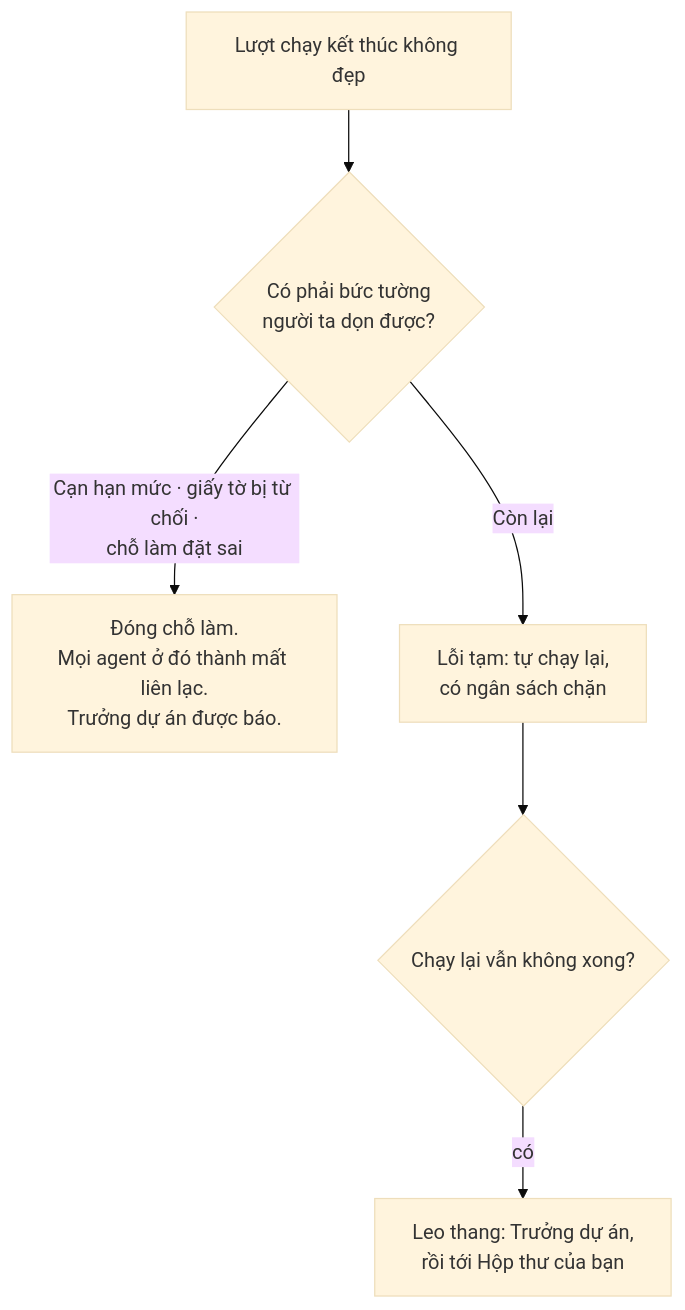
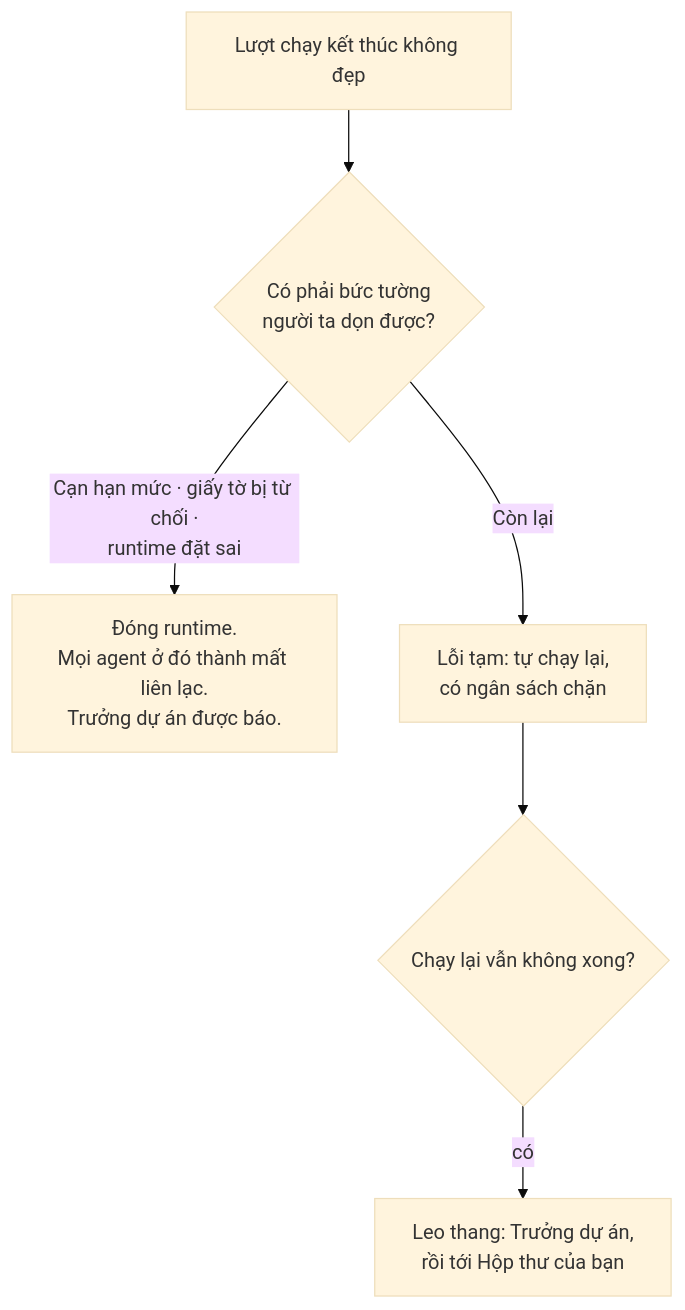
One commit to gnust-company/A.R.MARIUS changed the third of 3 diagrams in docs/how-armarius-works.md. Above: the diagram before and after it, drawn with Mermaid (base theme). The commit also changed other lines of this file and 6 other files, not shown here.

````diff
--- a/docs/how-armarius-works.md
+++ b/docs/how-armarius-works.md
@@ -90,8 +90,8 @@
 ```mermaid
 flowchart TD
     F["Lượt chạy kết thúc không đẹp"] --> Q{"Có phải bức tường<br/>người ta dọn được?"}
-    Q -->|"Cạn hạn mức · giấy tờ bị từ chối ·<br/>chỗ làm đặt sai"| H["Đóng chỗ làm.<br/>Mọi agent ở đó thành mất liên lạc.<br/>Trưởng dự án được báo."]
+    Q -->|"Cạn hạn mức · giấy tờ bị từ chối ·<br/>runtime đặt sai"| H["Đóng runtime.<br/>Mọi agent ở đó thành mất liên lạc.<br/>Trưởng dự án được báo."]
     Q -->|"Còn lại"| R["Lỗi tạm: tự chạy lại,<br/>có ngân sách chặn"]
     R --> L{"Chạy lại vẫn không xong?"}
     L -->|"có"| E["Leo thang: Trưởng dự án,<br/>rồi tới Hộp thư của bạn"]
 ```
````
